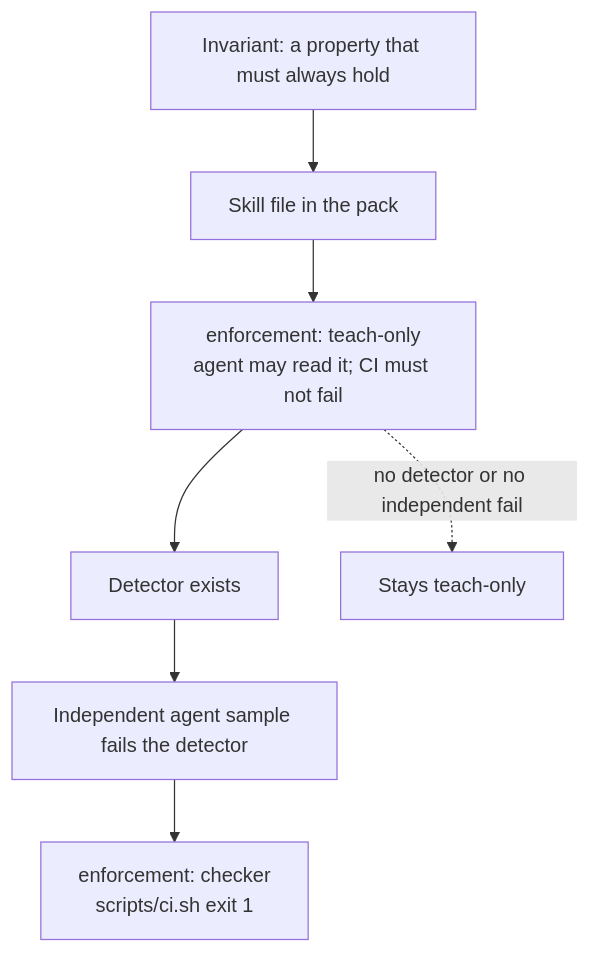
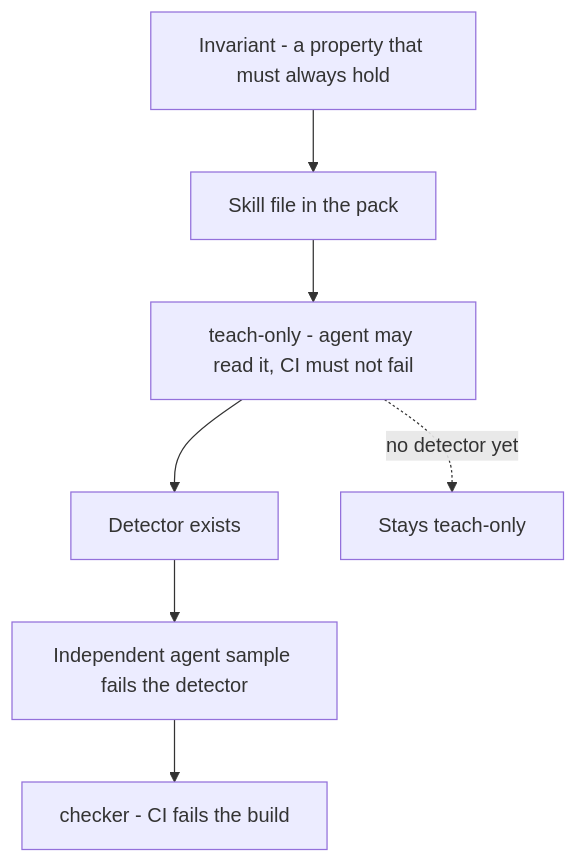
The third of 5 diagrams in README.md (Amaresh/deslop), drawn with Mermaid before and after one commit. The commit also changed other lines of this file, not shown here.

First line of the commit message:
docs: make README mermaid parse on GitHub

````diff
--- a/README.md
+++ b/README.md
@@ -64,9 +63,9 @@
 ```mermaid
 flowchart TD
-  I["Invariant: a property that must always hold"] --> S["Skill file in the pack"]
-  S --> T["enforcement: teach-only<br/>agent may read it; CI must not fail"]
+  I["Invariant - a property that must always hold"] --> S["Skill file in the pack"]
+  S --> T["teach-only - agent may read it, CI must not fail"]
   T --> D["Detector exists"]
   D --> V["Independent agent sample fails the detector"]
-  V --> C["enforcement: checker<br/>scripts/ci.sh exit 1"]
-  T -.->|"no detector or no independent fail"| Stay[Stays teach-only]
+  V --> C["checker - CI fails the build"]
+  T -.->|"no detector yet"| Stay["Stays teach-only"]
 ```
````
